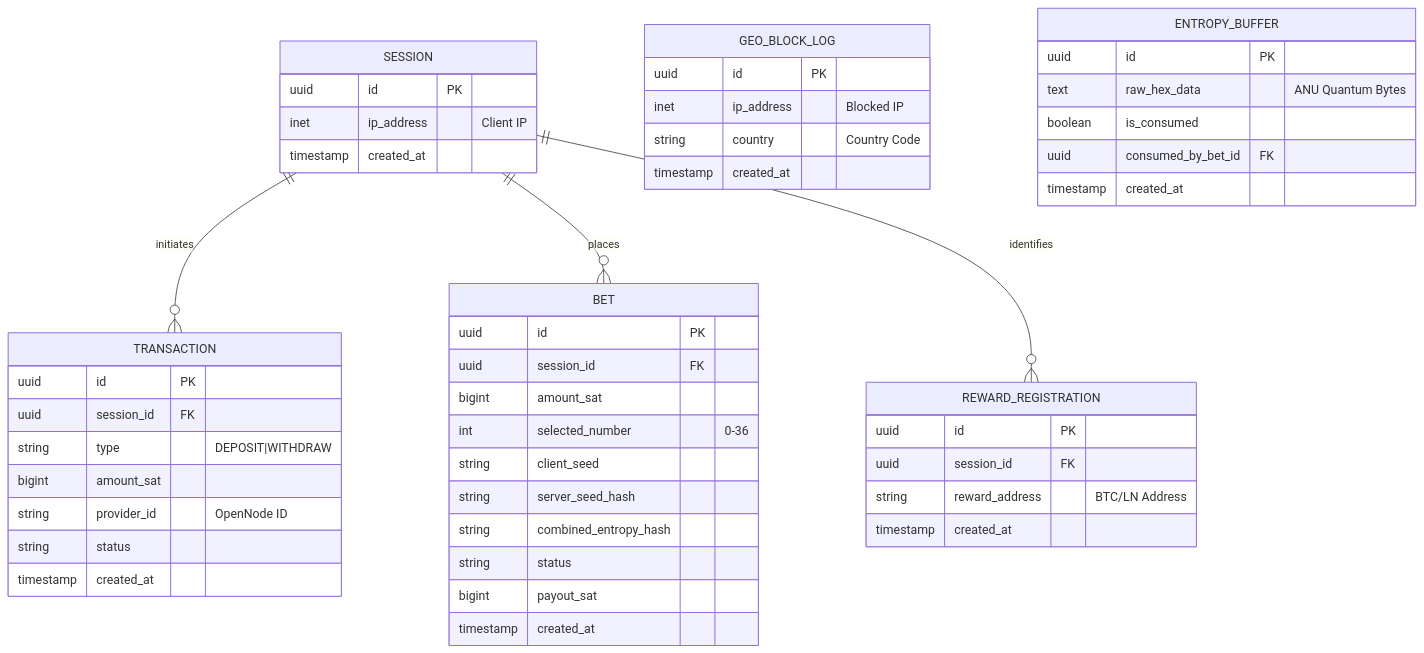
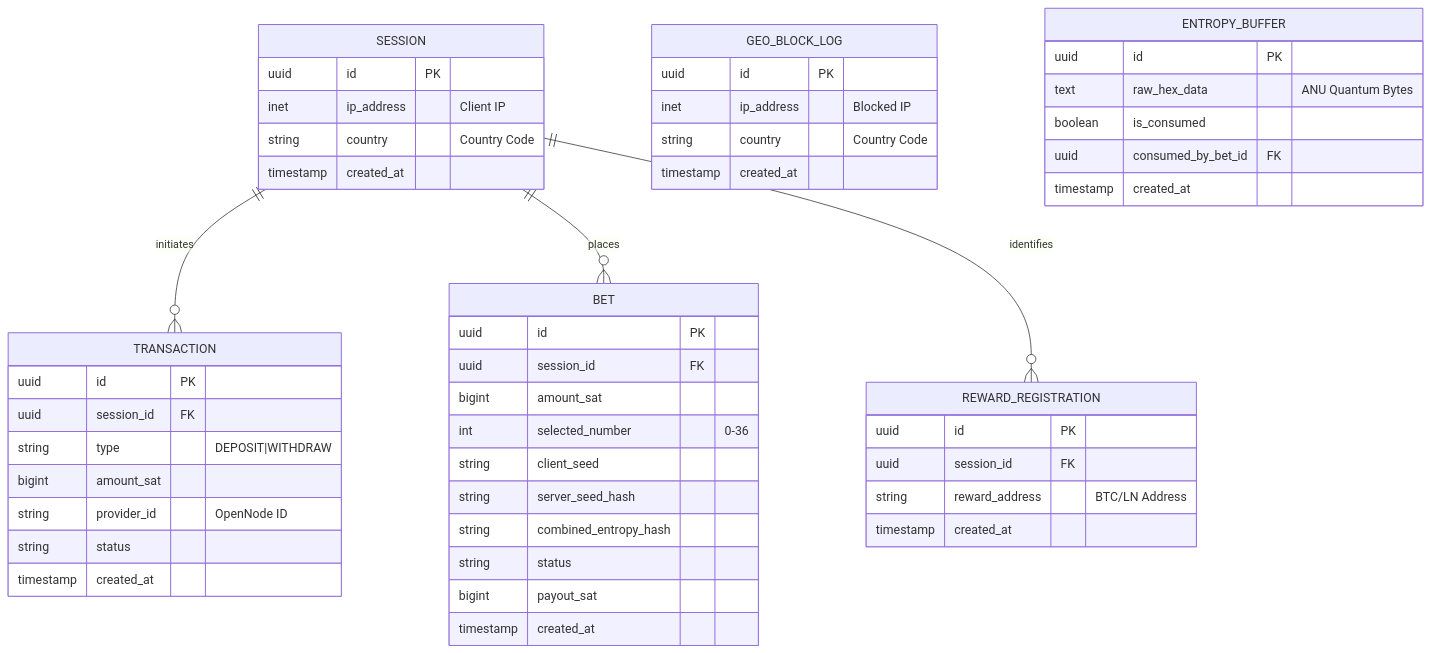
Before and after one commit to Rayo2010x/quantum-btc-backend: the diagram in docs/03-Database/Database_Schema.md, drawn with Mermaid. The commit also changed other lines of this file and 4 other files, not shown here.

Commit message:
feat: Implement UK geo-blocking and session country tracking, and add new project documentation including backlog, technical manual, and database schema.

````diff
--- a/docs/03-Database/Database_Schema.md
+++ b/docs/03-Database/Database_Schema.md
@@ -10,55 +10,56 @@
 ```mermaid
 erDiagram
     SESSION ||--o{ TRANSACTION : initiates
     SESSION ||--o{ BET : places
     SESSION ||--o{ REWARD_REGISTRATION : identifies
     GEO_BLOCK_LOG {
         uuid id PK
         inet ip_address "Blocked IP"
         string country "Country Code"
         timestamp created_at
     }
     SESSION {
         uuid id PK
         inet ip_address "Client IP"
+        string country "Country Code"
         timestamp created_at
     }
 
     TRANSACTION {
         uuid id PK
         uuid session_id FK
         string type "DEPOSIT|WITHDRAW"
         bigint amount_sat
         string provider_id "OpenNode ID"
         string status
         timestamp created_at
     }
 
     BET {
         uuid id PK
         uuid session_id FK
         bigint amount_sat
         int selected_number "0-36"
         string client_seed
         string server_seed_hash
         string combined_entropy_hash
         string status
         bigint payout_sat
         timestamp created_at
     }
 
     ENTROPY_BUFFER {
         uuid id PK
         text raw_hex_data "ANU Quantum Bytes"
         boolean is_consumed
         uuid consumed_by_bet_id FK
         timestamp created_at
     }
     
     REWARD_REGISTRATION {
         uuid id PK
         uuid session_id FK
         string reward_address "BTC/LN Address"
         timestamp created_at
     }
 ```
````
